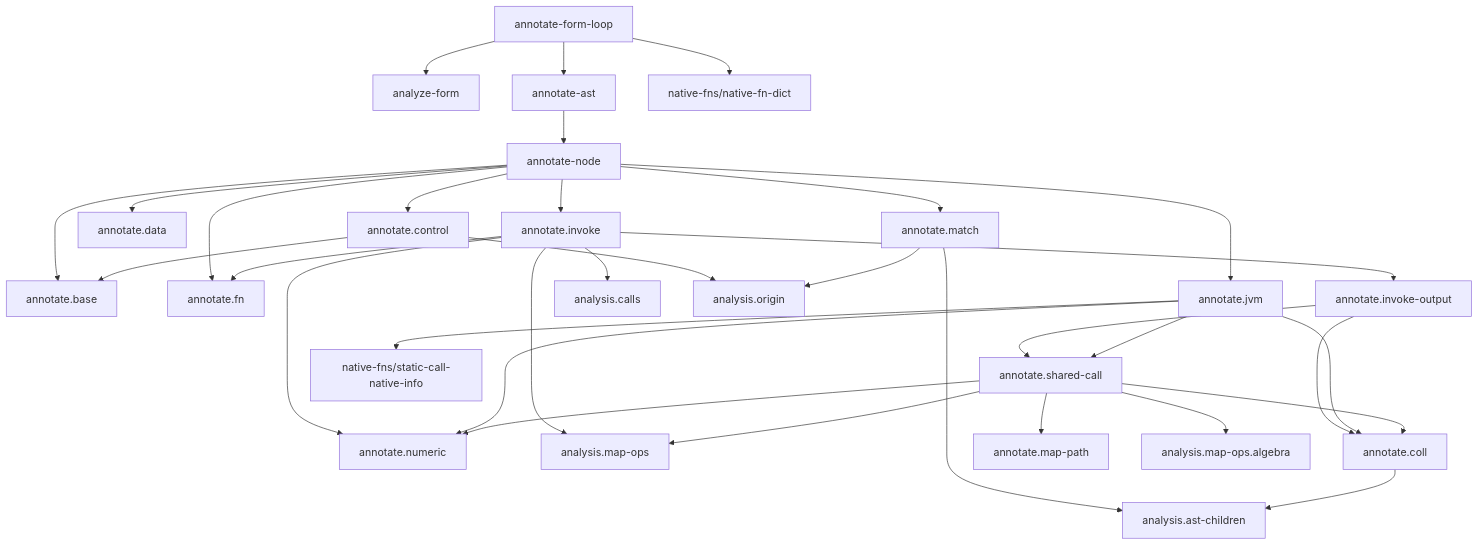
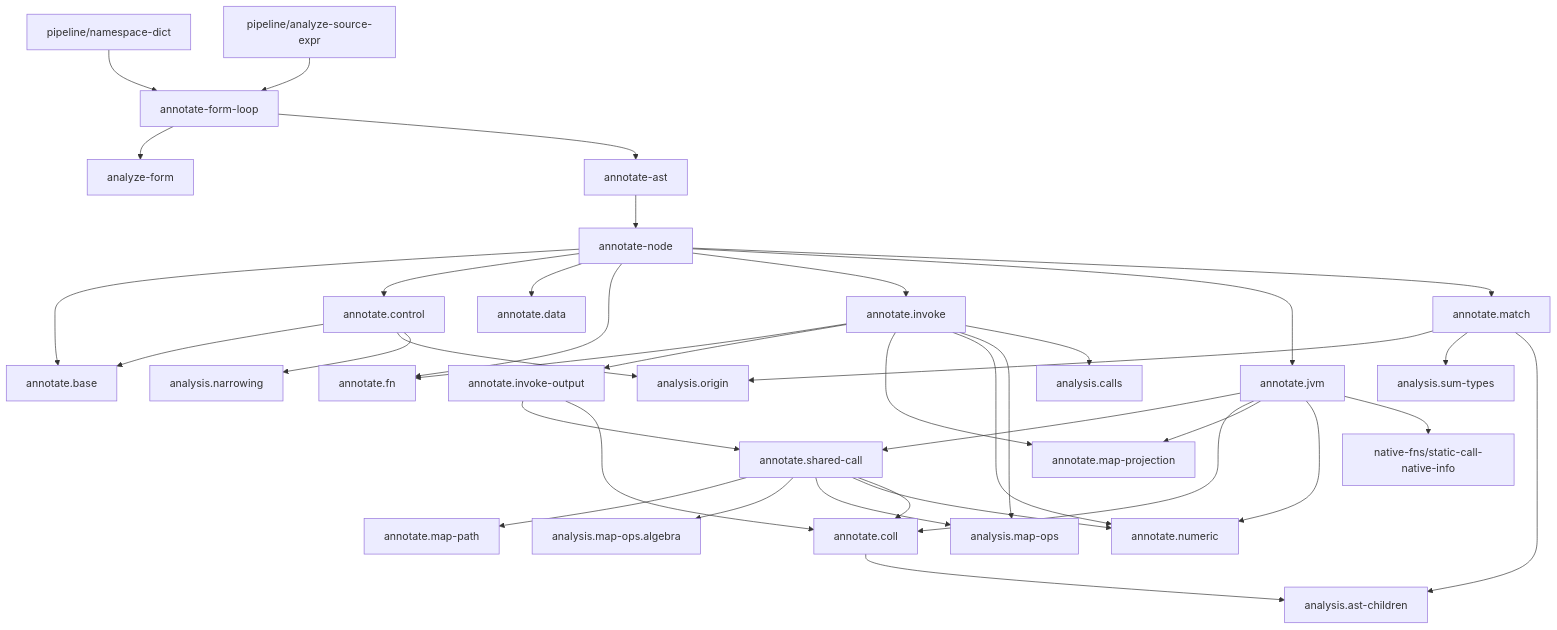
The diagram in skeptic/docs/annotate-function-map.md (nomicflux/skeptic), drawn with Mermaid before and after one commit. The commit also changed other lines of this file and 1 other file, not shown here.

````diff
--- a/skeptic/docs/annotate-function-map.md
+++ b/skeptic/docs/annotate-function-map.md
@@ -46,41 +54,46 @@
 ```mermaid
 flowchart TD
+  ND["pipeline/namespace-dict"] --> AFL["annotate-form-loop"]
+  ASE["pipeline/analyze-source-expr"] --> AFL
   AFL["annotate-form-loop"] --> AF["analyze-form"]
   AFL --> AAST["annotate-ast"]
-  AFL --> NF["native-fns/native-fn-dict"]
   AAST --> AN["annotate-node"]
 
   AN --> AB["annotate.base"]
   AN --> ACTL["annotate.control"]
   AN --> AD["annotate.data"]
   AN --> AFN["annotate.fn"]
   AN --> AI["annotate.invoke"]
   AN --> AJ["annotate.jvm"]
   AN --> AM["annotate.match"]
 
   AI --> AFN
   AI --> AIO["annotate.invoke-output"]
+  AI --> AMPJ["annotate.map-projection"]
   AI --> NUM["annotate.numeric"]
   AI --> MAPOPS["analysis.map-ops"]
   AI --> CALLS["analysis.calls"]
 
   AIO --> ASC["annotate.shared-call"]
   AIO --> ACOLL["annotate.coll"]
 
   AJ --> ASC
   AJ --> ACOLL
+  AJ --> AMPJ
   AJ --> NUM
   AJ --> NFS["native-fns/static-call-native-info"]
 
   ASC --> AMP["annotate.map-path"]
   ASC --> MAPALG["analysis.map-ops.algebra"]
   ASC --> MAPOPS
   ASC --> NUM
   ASC --> ACOLL
 
   ACTL --> AB
   ACTL --> ORIGIN["analysis.origin"]
+  ACTL --> NARROW["analysis.narrowing"]
   AM --> ORIGIN
+  AM --> SUMS["analysis.sum-types"]
   AM --> ASTN["analysis.ast-children"]
   ACOLL --> ASTN
 ```
````
